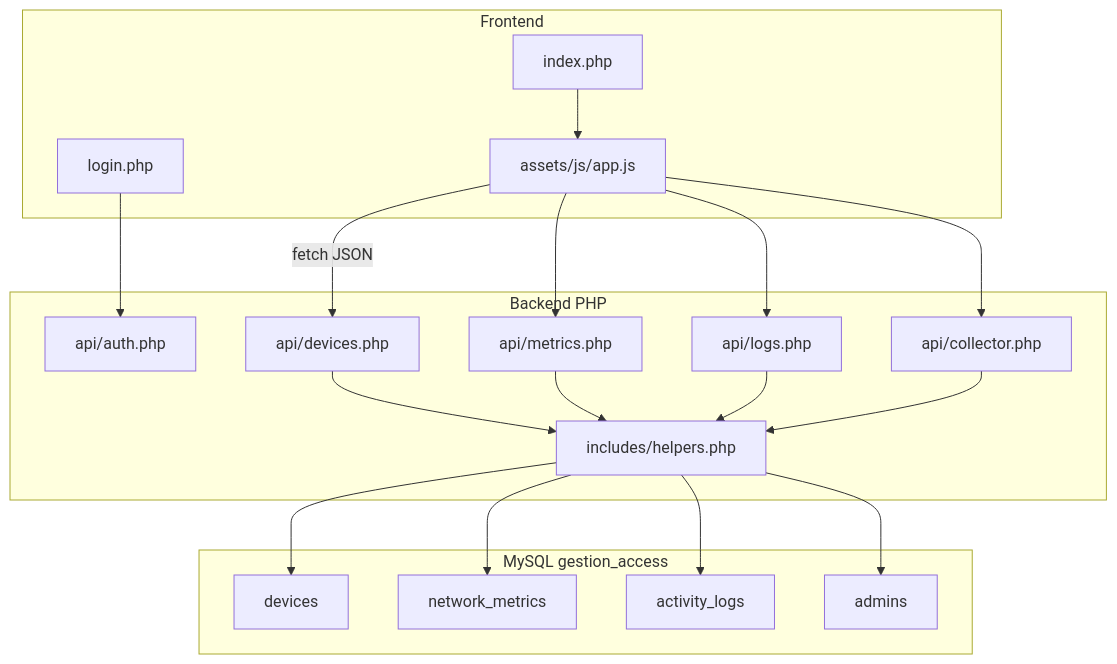
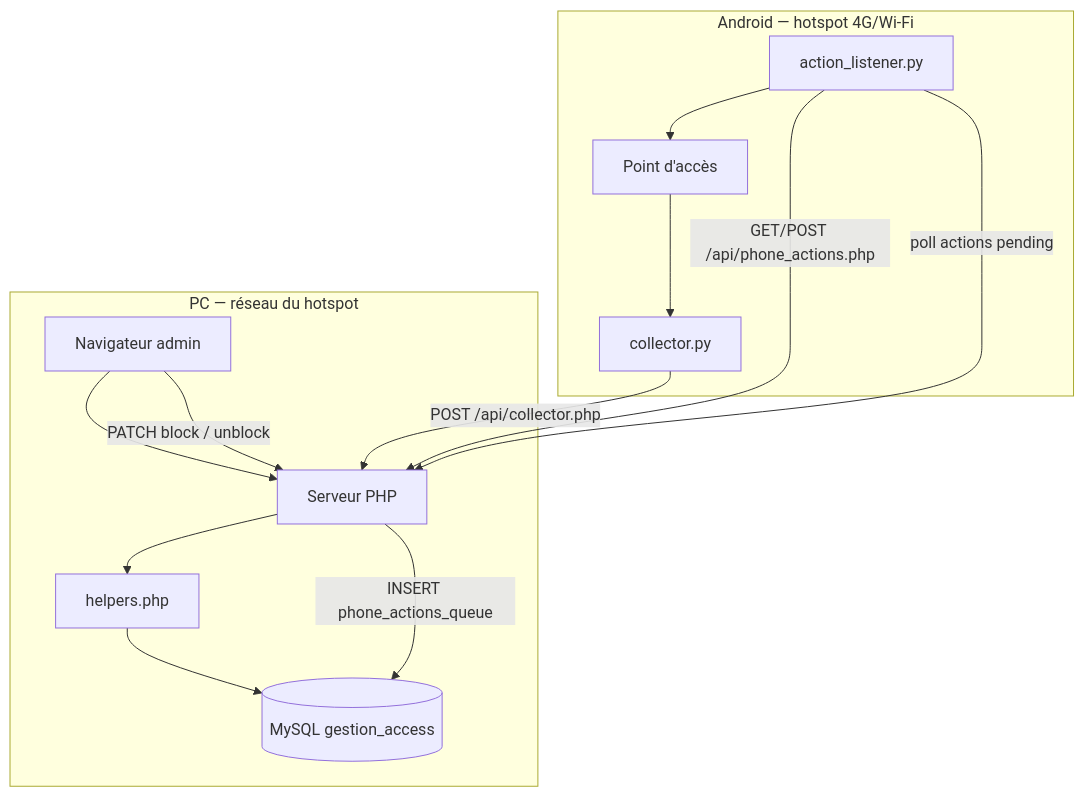
The first of 2 diagrams in README.md (davidng09/Gestion_Access), drawn with Mermaid before and after one commit. The commit also changed other lines of this file and 1 other file, not shown here.

First line of the commit message:
Documentation complète : architecture, configuration et roadmap

````diff
--- a/README.md
+++ b/README.md
@@ -226,36 +45,26 @@
 ```mermaid
 flowchart TB
-    subgraph client [Frontend]
-        login[login.php]
-        index[index.php]
-        js[assets/js/app.js]
+    subgraph mobile [Android — hotspot 4G/Wi-Fi]
+        Hotspot[Point d'accès]
+        Collector[collector.py]
+        Listener[action_listener.py]
+        Hotspot --> Collector
+        Listener --> Hotspot
     end
-    subgraph server [Backend PHP]
-        auth[api/auth.php]
-        devices[api/devices.php]
-        metrics[api/metrics.php]
-        logs[api/logs.php]
-        collector[api/collector.php]
-        helpers[includes/helpers.php]
+
+    subgraph pc [PC — réseau du hotspot]
+        Browser[Navigateur admin]
+        PHP[Serveur PHP]
+        Helpers[helpers.php]
+        MySQL[(MySQL gestion_access)]
+        Browser --> PHP
+        PHP --> Helpers
+        Helpers --> MySQL
     end
-    subgraph data [MySQL gestion_access]
-        tbl_devices[devices]
-        tbl_metrics[network_metrics]
-        tbl_logs[activity_logs]
-        tbl_admins[admins]
-    end
-    login --> auth
-    index --> js
-    js -->|fetch JSON| devices
-    js --> metrics
-    js --> logs
-    js --> collector
-    devices --> helpers
-    metrics --> helpers
-    logs --> helpers
-    collector --> helpers
-    helpers --> tbl_devices
-    helpers --> tbl_metrics
-    helpers --> tbl_logs
-    helpers --> tbl_admins
+
+    Collector -->|"POST /api/collector.php"| PHP
+    Listener -->|"GET/POST /api/phone_actions.php"| PHP
+    Browser -->|"PATCH block / unblock"| PHP
+    PHP -->|"INSERT phone_actions_queue"| MySQL
+    Listener -->|"poll actions pending"| PHP
 ```
````
